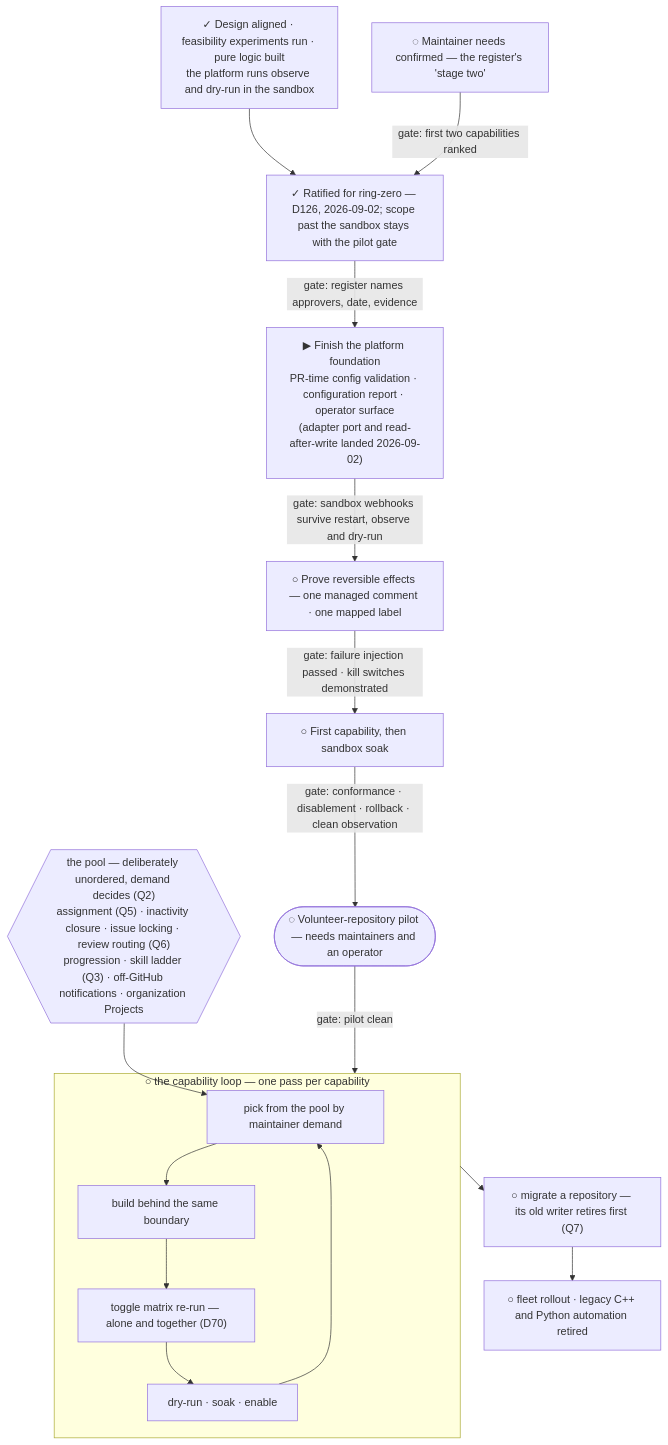
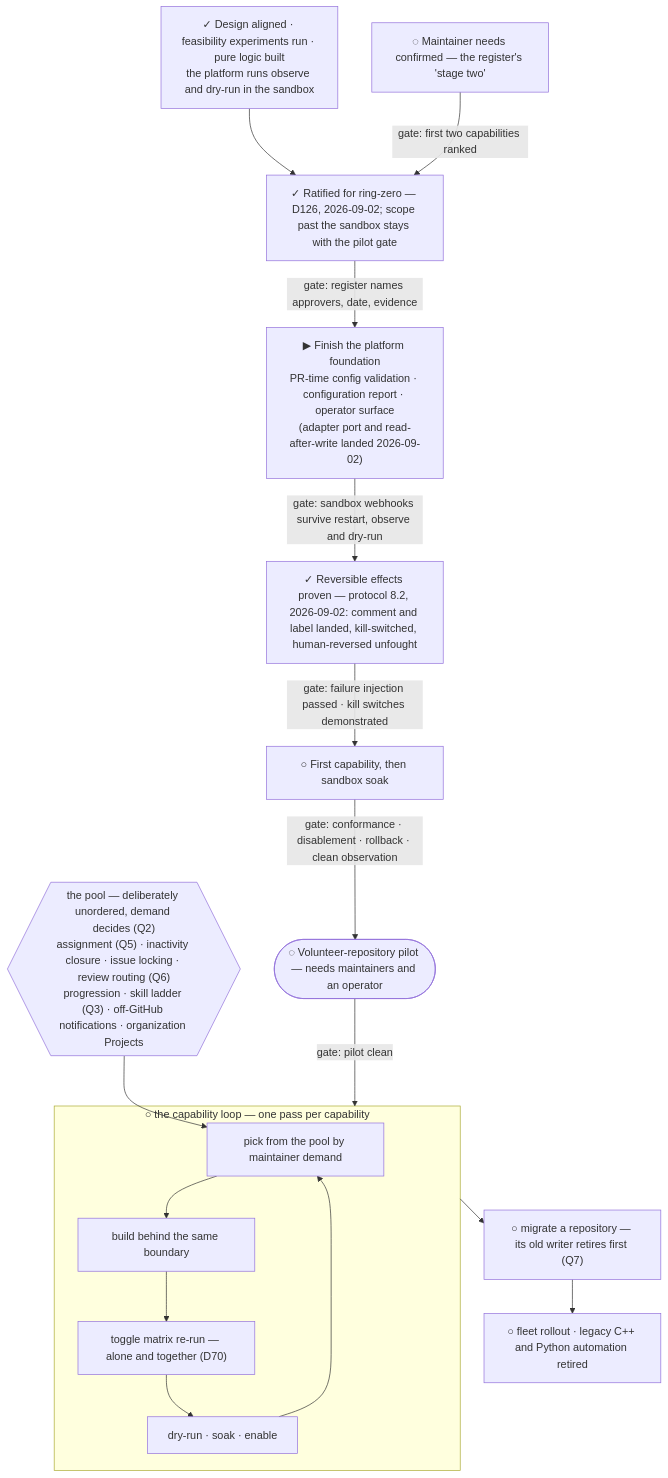
The diagram in design/build-plan.md (exploreriii/sdk-automations), drawn with Mermaid before and after one commit. The commit also changed 2 other files, not shown here.

Commit message:
docs: the FX gate is passed — protocol 8.2, first run
Six writes, six receipts, zero unexplained. The kill switch held on an
armed writer, window 1 resolved by the sweep exactly once, and a human
reversal stood by an explicit newerHumanChange refusal at the
apply-time re-gate — recorded verbatim in the effects array.

````diff
--- a/design/build-plan.md
+++ b/design/build-plan.md
@@ -5,35 +5,35 @@
 ```mermaid
 flowchart TD
     DONE["✓ Design aligned · feasibility experiments run · pure logic built<br/>the platform runs observe and dry-run in the sandbox"]
     NEEDS["◌ Maintainer needs confirmed — the register's 'stage two'"]
     RAT["✓ Ratified for ring-zero — D126, 2026-09-02; scope past the sandbox stays with the pilot gate"]
     PLAT["▶ Finish the platform foundation<br/>PR-time config validation · configuration report · operator surface<br/>(adapter port and read-after-write landed 2026-09-02)"]
-    FX["○ Prove reversible effects — one managed comment · one mapped label"]
+    FX["✓ Reversible effects proven — protocol 8.2, 2026-09-02: comment and label landed, kill-switched, human-reversed unfought"]
     SOAK["○ First capability, then sandbox soak"]
     PILOT(["◌ Volunteer-repository pilot — needs maintainers and an operator"])
 
     DONE --> RAT
     NEEDS -->|"gate: first two capabilities ranked"| RAT
     RAT -->|"gate: register names approvers, date, evidence"| PLAT
     PLAT -->|"gate: sandbox webhooks survive restart, observe and dry-run"| FX
     FX -->|"gate: failure injection passed · kill switches demonstrated"| SOAK
     SOAK -->|"gate: conformance · disablement · rollback · clean observation"| PILOT
 
     POOL{{"the pool — deliberately unordered, demand decides (Q2)<br/>assignment (Q5) · inactivity closure · issue locking · review routing (Q6)<br/>progression · skill ladder (Q3) · off-GitHub notifications · organization Projects"}}
 
     subgraph LOOP ["○ the capability loop — one pass per capability"]
         PICK["pick from the pool by maintainer demand"]
         BUILD["build behind the same boundary"]
         MATRIX["toggle matrix re-run — alone and together (D70)"]
         CSOAK["dry-run · soak · enable"]
         PICK --> BUILD
         BUILD --> MATRIX
         MATRIX --> CSOAK
         CSOAK --> PICK
     end
 
     PILOT -->|"gate: pilot clean"| LOOP
     POOL --> PICK
     LOOP --> MIG["○ migrate a repository — its old writer retires first (Q7)"]
     MIG --> FLEET["○ fleet rollout · legacy C++ and Python automation retired"]
 ```
````
